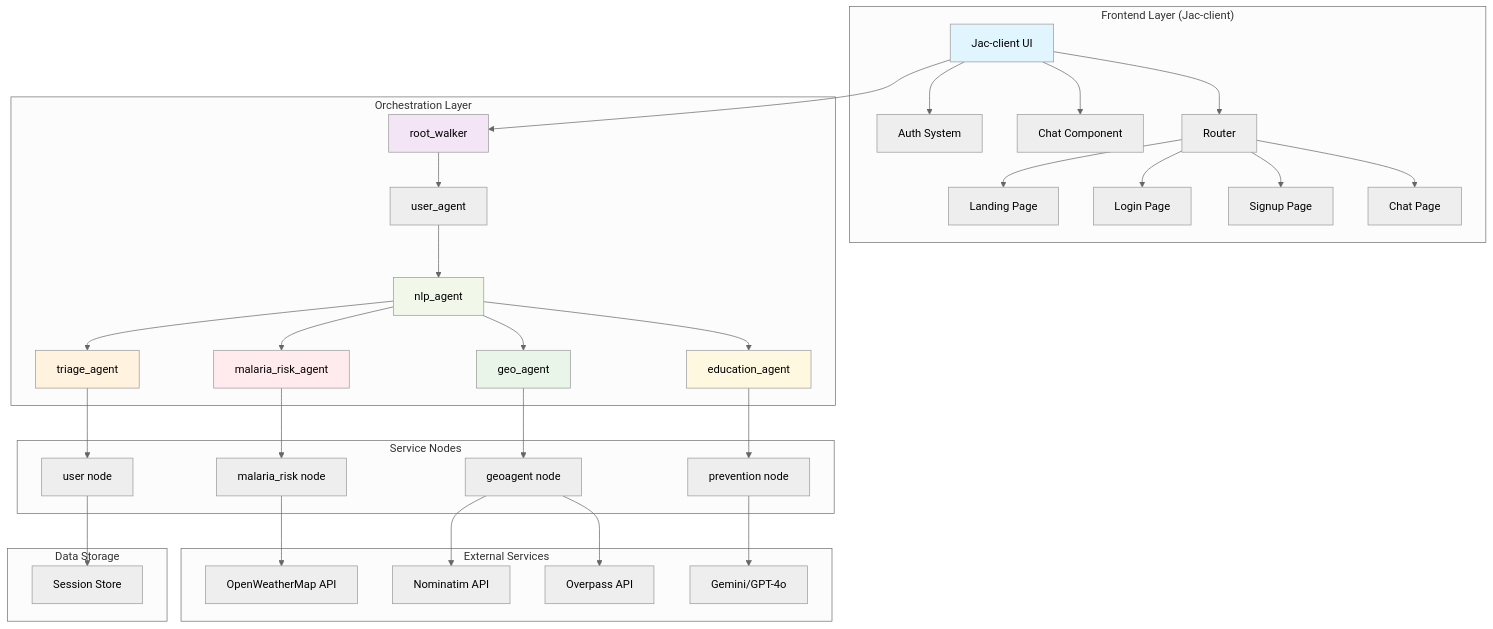
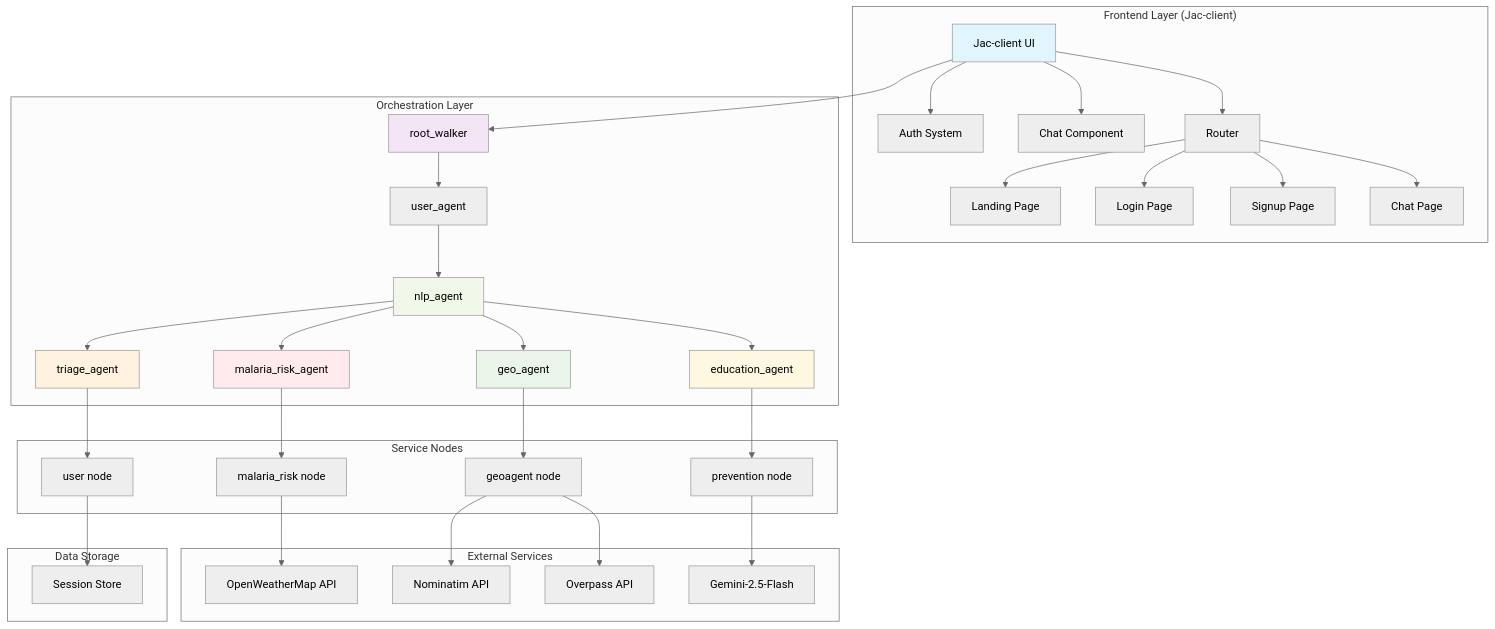
Before and after one commit to Terekip/GenAI-Hackathon---MalariaPredict-AI: the diagram in README.md, drawn with Mermaid (neutral theme). The commit also changed other lines of this file, not shown here.

````diff
--- a/README.md
+++ b/README.md
@@ -24,48 +28,48 @@
 ```mermaid
 graph TB
     subgraph "Frontend Layer (Jac-client)"
         UI[Jac-client UI] --> Auth[Auth System]
         UI --> Chat[Chat Component]
         UI --> Routes[Router]
         Routes --> Landing[Landing Page]
         Routes --> Login[Login Page]
         Routes --> Signup[Signup Page]
         Routes --> ChatPage[Chat Page]
     end
     
     subgraph "Orchestration Layer"
         UI --> RW[root_walker]
         RW --> UA[user_agent]
         UA --> NLP[nlp_agent]
         NLP --> TA[triage_agent]
         NLP --> MRA[malaria_risk_agent]
         NLP --> GA[geo_agent]
         NLP --> EA[education_agent]
     end
     
     subgraph "Service Nodes"
         TA --> USER[user node]
         MRA --> MR[malaria_risk node]
         GA --> GEO[geoagent node]
         EA --> PREV[prevention node]
     end
     
     subgraph "External Services"
         MR --> OWM[OpenWeatherMap API]
         GEO --> NOM[Nominatim API]
         GEO --> OPS[Overpass API]
-        PREV --> LLM[Gemini/GPT-4o]
+        PREV --> LLM[Gemini-2.5-Flash]
     end
     
     subgraph "Data Storage"
         USER --> SESS[Session Store]
     end
     
     style UI fill:#e1f5fe
     style RW fill:#f3e5f5
     style NLP fill:#f1f8e9
     style TA fill:#fff3e0
     style MRA fill:#ffebee
     style GA fill:#e8f5e8
     style EA fill:#fff8e1
 ```
````
